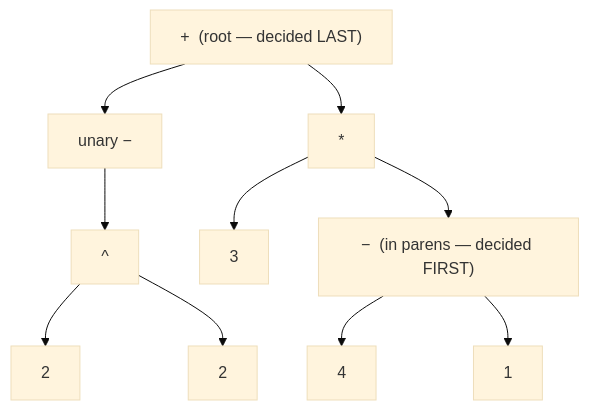
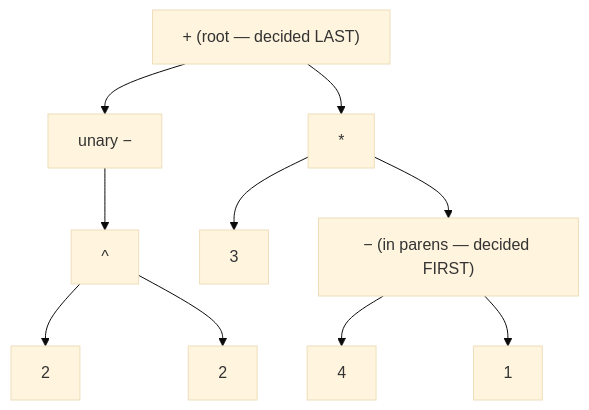
The second of 3 diagrams in docs/multipass-reverse.md (komapc/math-parser-comparison), drawn with Mermaid (base theme) before and after one commit.

Commit message:
docs: drop literal &nbsp; entities from mermaid AST labels [skip ci]

````diff
--- a/docs/multipass-reverse.md
+++ b/docs/multipass-reverse.md
@@ -89,22 +89,22 @@
 ```mermaid
 graph TD
-    R["+&nbsp;&nbsp;(root — decided LAST)"]
+    R["+ (root — decided LAST)"]
     N["unary −"]
     P["^"]
     a["2"]
     b["2"]
     M["*"]
     c["3"]
-    S["−&nbsp;&nbsp;(in parens — decided FIRST)"]
+    S["− (in parens — decided FIRST)"]
     d["4"]
     e["1"]
     R --> N
     N --> P
     P --> a
     P --> b
     R --> M
     M --> c
     M --> S
     S --> d
     S --> e
 ```
````
